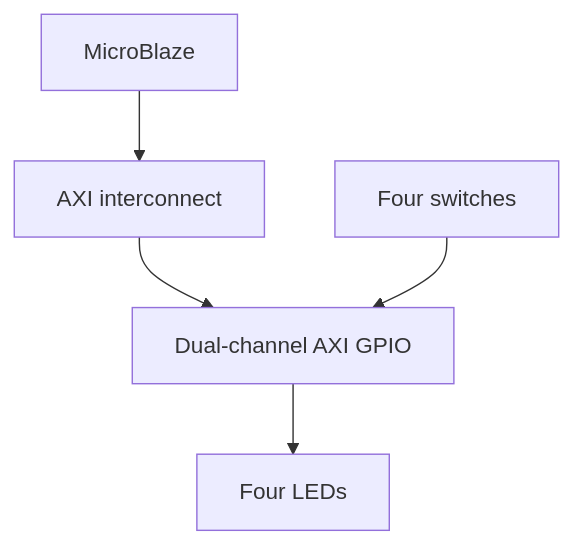
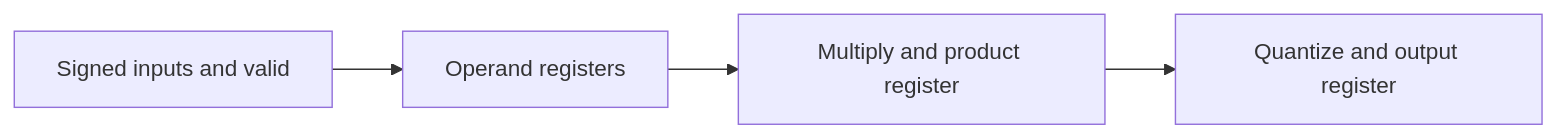
Before and after one commit to komsan-k/977-220: the diagram in fpga-2026/week-3/slot-11/README.md, drawn with Mermaid. The commit also changed other lines of this file, not shown here.

````diff
--- a/fpga-2026/week-3/slot-11/README.md
+++ b/fpga-2026/week-3/slot-11/README.md
@@ -45,7 +114,6 @@
 ```mermaid
-flowchart TD
-    P[MicroBlaze] --> A[AXI interconnect]
-    A --> G[Dual-channel AXI GPIO]
-    S[Four switches] --> G
-    G --> L[Four LEDs]
+flowchart LR
+    I[Signed inputs and valid] --> R[Operand registers]
+    R --> M[Multiply and product register]
+    M --> Q[Quantize and output register]
 ```
````
